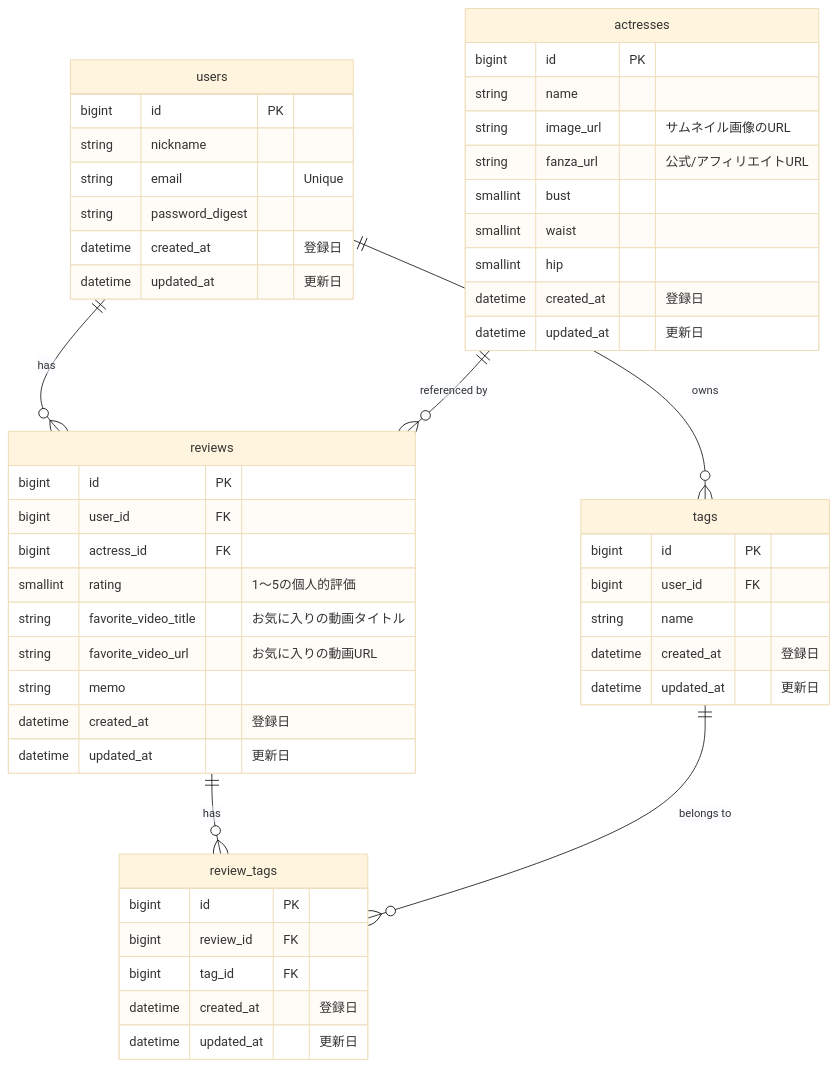
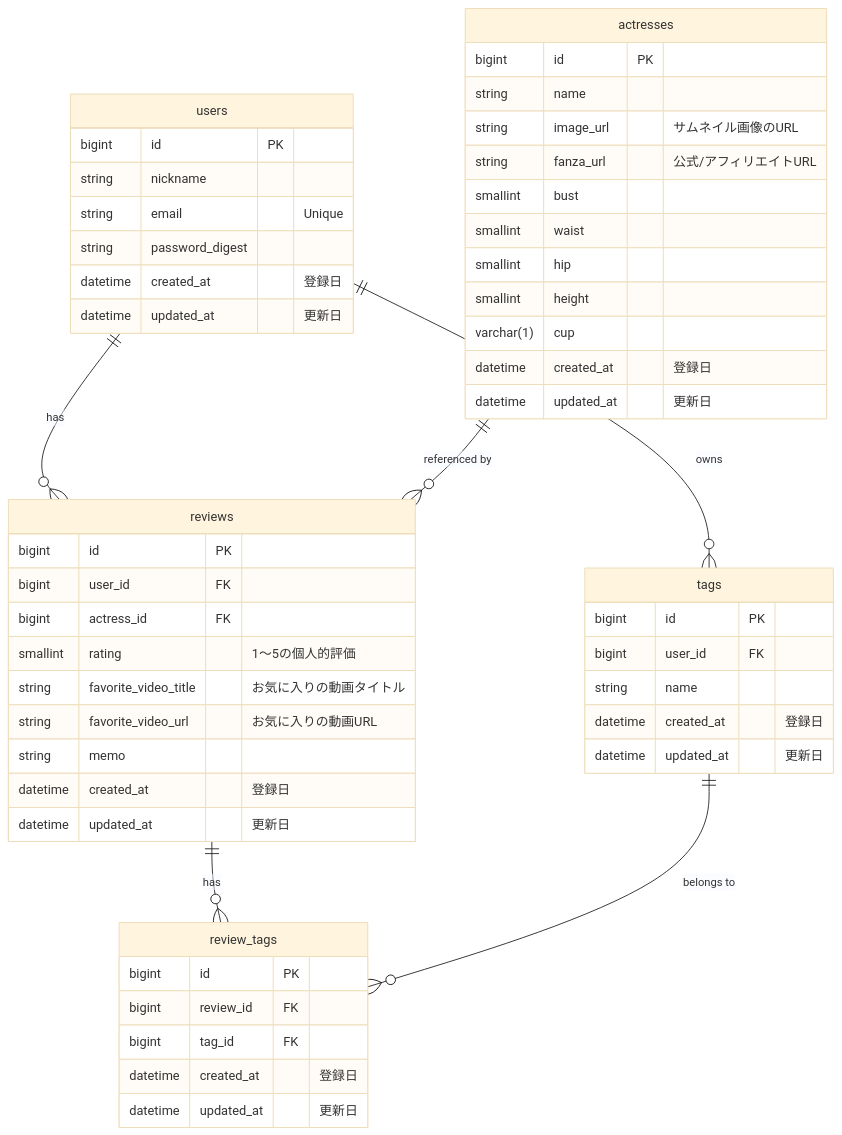
One commit to akito-0520/MuseLog changed the second of 2 diagrams in README.md. Above: the diagram before and after it, drawn with Mermaid (base theme).

Commit message:
docs: テーブルスキーマに女優の身体情報を追記

````diff
--- a/README.md
+++ b/README.md
@@ -117,57 +117,59 @@
 ```mermaid
 erDiagram
     users ||--o{ reviews : "has"
     actresses ||--o{ reviews : "referenced by"
     reviews ||--o{ review_tags : "has"
     tags ||--o{ review_tags : "belongs to"
     users ||--o{ tags : "owns"
 
     users {
         bigint id PK
         string nickname
         string email "Unique"
         string password_digest
         datetime created_at "登録日"
         datetime updated_at "更新日"
     }
 
     actresses {
         bigint id  PK
         string name
         string image_url "サムネイル画像のURL"
         string fanza_url "公式/アフィリエイトURL"
         smallint bust
         smallint waist
         smallint hip
+        smallint height
+        varchar(1) cup
         datetime created_at "登録日"
         datetime updated_at "更新日"
     }
 
     reviews {
         bigint id PK
         bigint user_id FK
         bigint actress_id FK
         smallint rating "1〜5の個人的評価"
         string favorite_video_title "お気に入りの動画タイトル"
         string favorite_video_url "お気に入りの動画URL"
         string memo
         datetime created_at "登録日"
         datetime updated_at "更新日"
     }
 
     tags {
         bigint id PK
         bigint user_id FK
         string name
         datetime created_at "登録日"
         datetime updated_at "更新日"
     }
 
     review_tags {
         bigint id PK
         bigint review_id FK
         bigint tag_id FK
         datetime created_at "登録日"
         datetime updated_at "更新日"
     }
 ```
````
